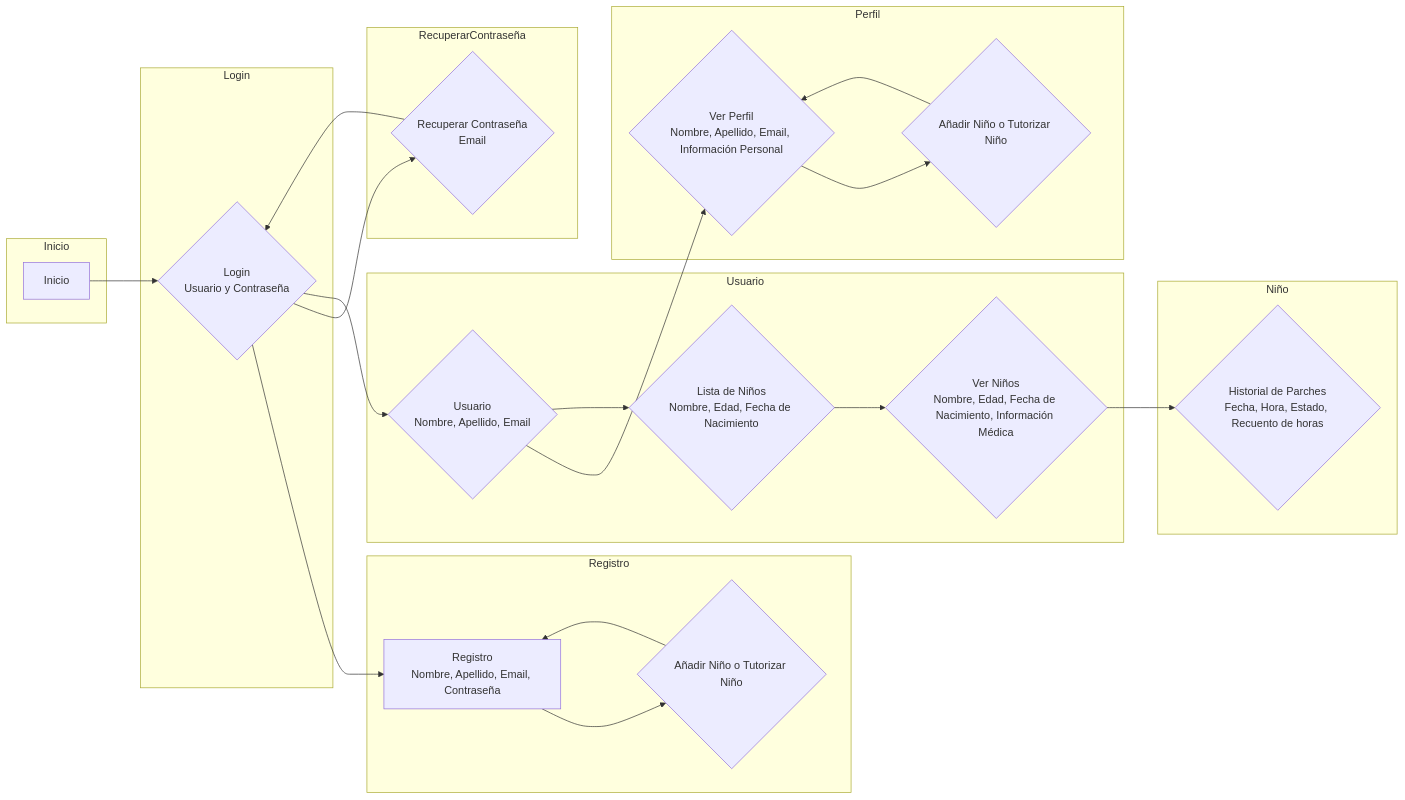
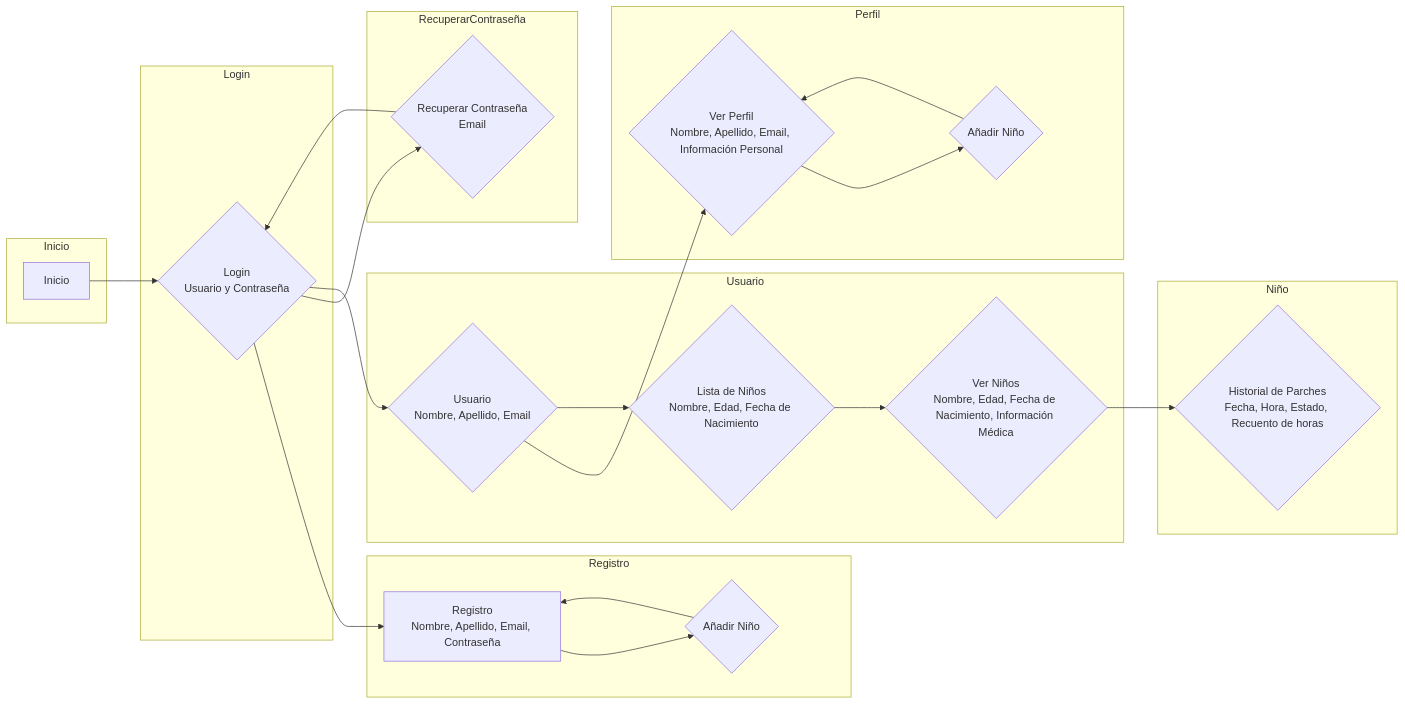
Before and after one commit to mactiburon/tapatapp: the diagram in Prototype1/DiagramaVista.mermaid, drawn with Mermaid.

Commit message:
DiagramaVista.mermaid

```diff
--- a/Prototype1/DiagramaVista.mermaid
+++ b/Prototype1/DiagramaVista.mermaid
@@ -1,40 +1,40 @@
 graph LR
     subgraph Inicio
         A[Inicio]
     end
     subgraph Login
         B{Login<br>Usuario y Contraseña}
     end
     subgraph Registro
         C[Registro<br>Nombre, Apellido, Email, Contraseña]
-        E{Añadir Niño o Tutorizar Niño}
+        E{Añadir Niño}
     end
     subgraph RecuperarContraseña
         F{Recuperar Contraseña<br>Email}
     end
     subgraph Usuario
         G{Usuario<br>Nombre, Apellido, Email}
         H{Lista de Niños<br>Nombre, Edad, Fecha de Nacimiento}
         I{Ver Niños<br>Nombre, Edad, Fecha de Nacimiento, Información Médica}
     end
     subgraph Perfil
         J{Ver Perfil<br>Nombre, Apellido, Email, Información Personal}
-        L{Añadir Niño o Tutorizar Niño}
+        L{Añadir Niño}
     end
     subgraph Niño
         K{Historial de Parches<br>Fecha, Hora, Estado, Recuento de horas}
     end
 
     A --> B
     B --> C
     C --> E
     E --> C
     B --> F
     F --> B
     B --> G
     G --> J
     G --> H
     H --> I
     I --> K
     J --> L
     L --> J
```
